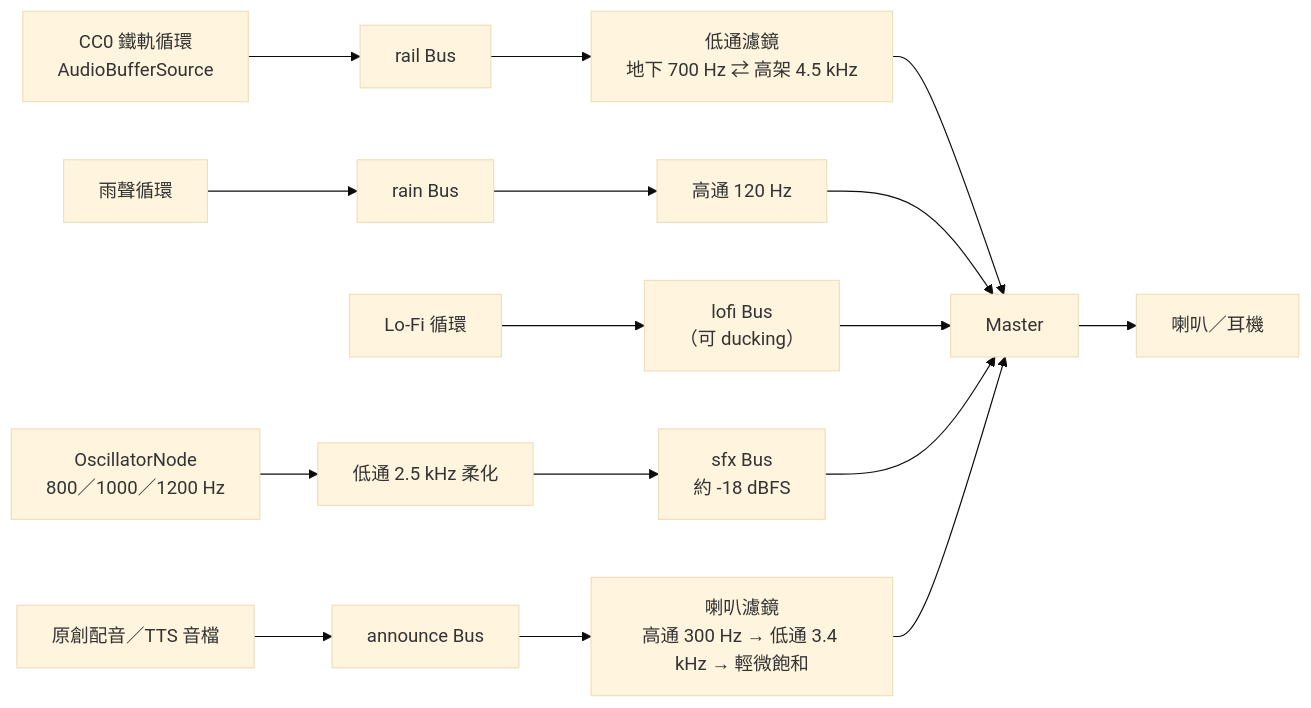
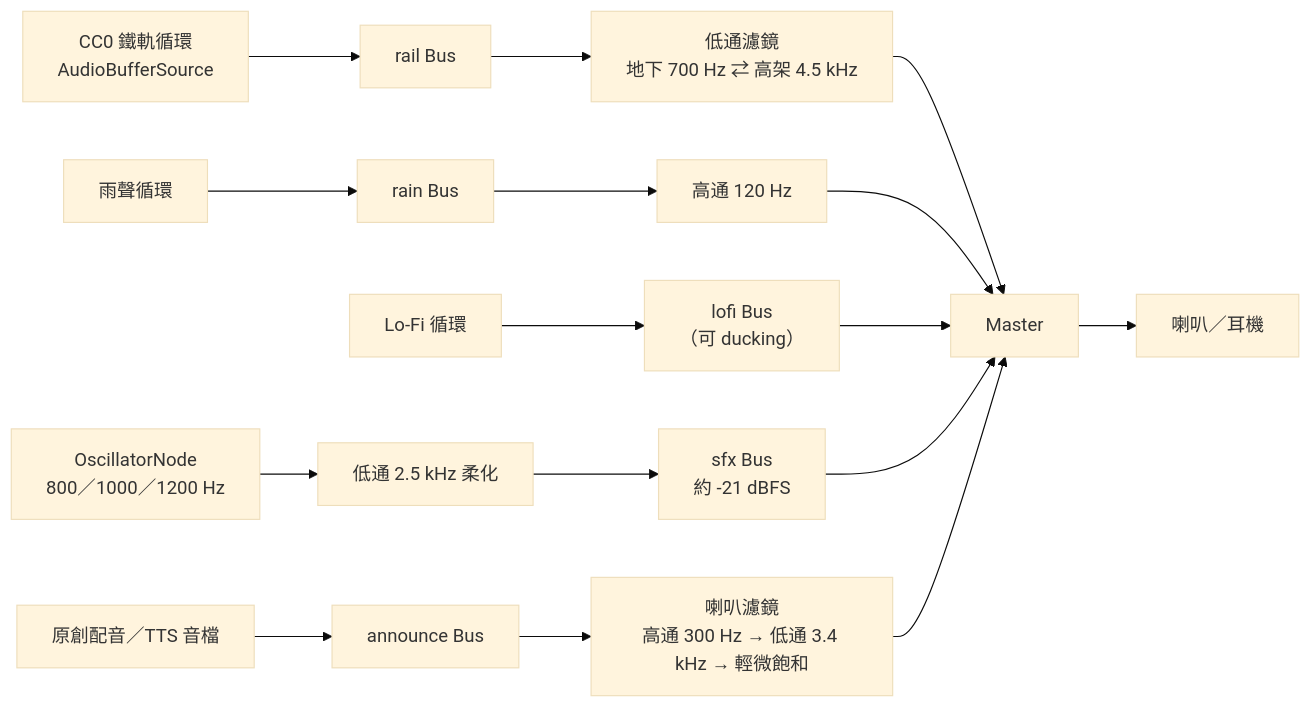
The ninth of 11 diagrams in docs/PRD.md (cindyguo0214/carriage-corner), drawn with Mermaid (base theme) before and after one commit. The commit also changed other lines of this file and 1 other file, not shown here.

````diff
--- a/docs/PRD.md
+++ b/docs/PRD.md
@@ -1417,9 +1417,9 @@
 ```mermaid
 flowchart LR
     R["CC0 鐵軌循環<br/>AudioBufferSource"] --> RB["rail Bus"] --> LP["低通濾鏡<br/>地下 700 Hz ⇄ 高架 4.5 kHz"] --> M["Master"]
     RA["雨聲循環"] --> RAB["rain Bus"] --> HP["高通 120 Hz"] --> M
     L["Lo-Fi 循環"] --> LB["lofi Bus<br/>（可 ducking）"] --> M
-    O["OscillatorNode<br/>800／1000／1200 Hz"] --> ST["低通 2.5 kHz 柔化"] --> SB["sfx Bus<br/>約 -18 dBFS"] --> M
+    O["OscillatorNode<br/>800／1000／1200 Hz"] --> ST["低通 2.5 kHz 柔化"] --> SB["sfx Bus<br/>約 -21 dBFS"] --> M
     A["原創配音／TTS 音檔"] --> AB["announce Bus"] --> SP["喇叭濾鏡<br/>高通 300 Hz → 低通 3.4 kHz → 輕微飽和"] --> M
     M --> D["喇叭／耳機"]
 ```
````
